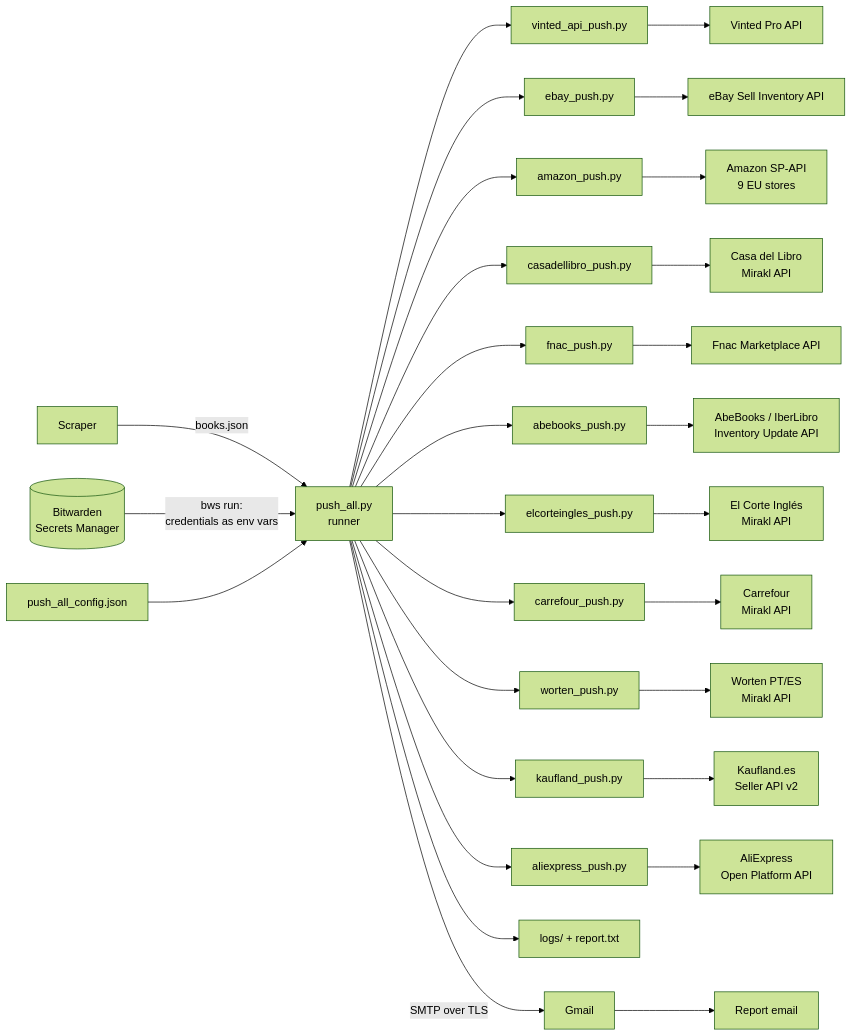
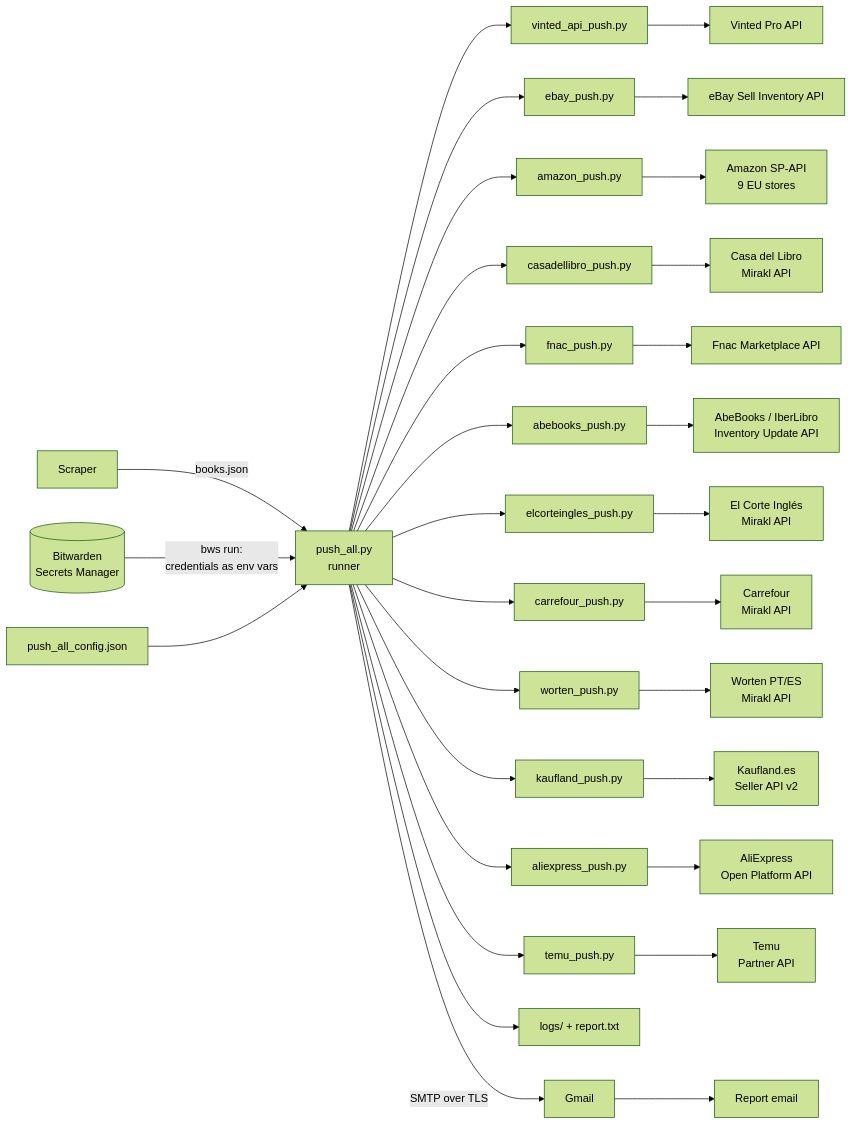
Before and after one commit to DavisGalla/products-api-push: the diagram in docs/architecture.md, drawn with Mermaid (forest theme). The commit also changed other lines of this file and 13 other files, not shown here.

Commit message:
Add Temu pusher (Partner API, EU local seller); include it in push_all, docs, architecture and capabilities PDFs

````diff
--- a/docs/architecture.md
+++ b/docs/architecture.md
@@ -29,19 +29,20 @@
 ```mermaid
 flowchart LR
     S[Scraper] -->|books.json| R
     BW[(Bitwarden<br>Secrets Manager)] -->|bws run:<br>credentials as env vars| R
     C[push_all_config.json] --> R
     R[push_all.py<br>runner] --> V[vinted_api_push.py] --> VA[Vinted Pro API]
     R --> E[ebay_push.py] --> EA[eBay Sell Inventory API]
     R --> A[amazon_push.py] --> AA[Amazon SP-API<br>9 EU stores]
     R --> CL[casadellibro_push.py] --> CLA[Casa del Libro<br>Mirakl API]
     R --> F[fnac_push.py] --> FA[Fnac Marketplace API]
     R --> AB[abebooks_push.py] --> ABA[AbeBooks / IberLibro<br>Inventory Update API]
     R --> EC[elcorteingles_push.py] --> ECA[El Corte Inglés<br>Mirakl API]
     R --> CF[carrefour_push.py] --> CFA[Carrefour<br>Mirakl API]
     R --> W[worten_push.py] --> WA[Worten PT/ES<br>Mirakl API]
     R --> K[kaufland_push.py] --> KA[Kaufland.es<br>Seller API v2]
     R --> AE[aliexpress_push.py] --> AEA[AliExpress<br>Open Platform API]
+    R --> TM[temu_push.py] --> TMA[Temu<br>Partner API]
     R --> L[logs/ + report.txt]
     R -->|SMTP over TLS| G[Gmail] --> M[Report email]
 ```
````
